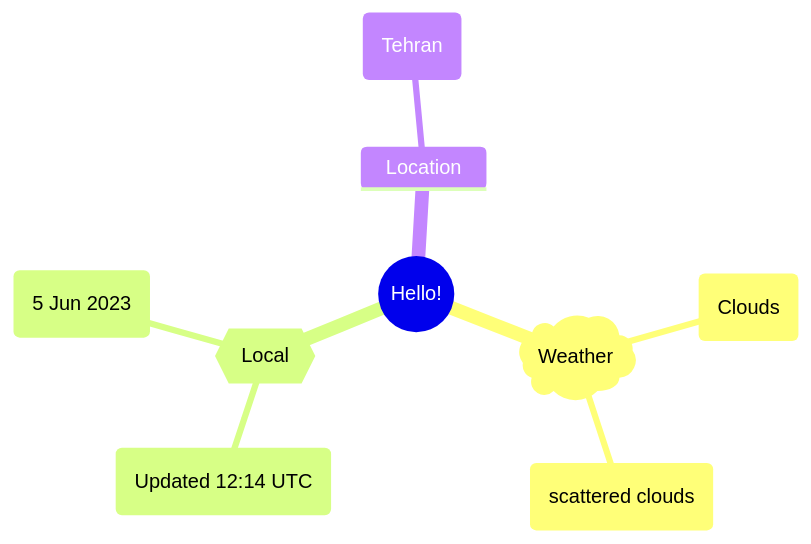
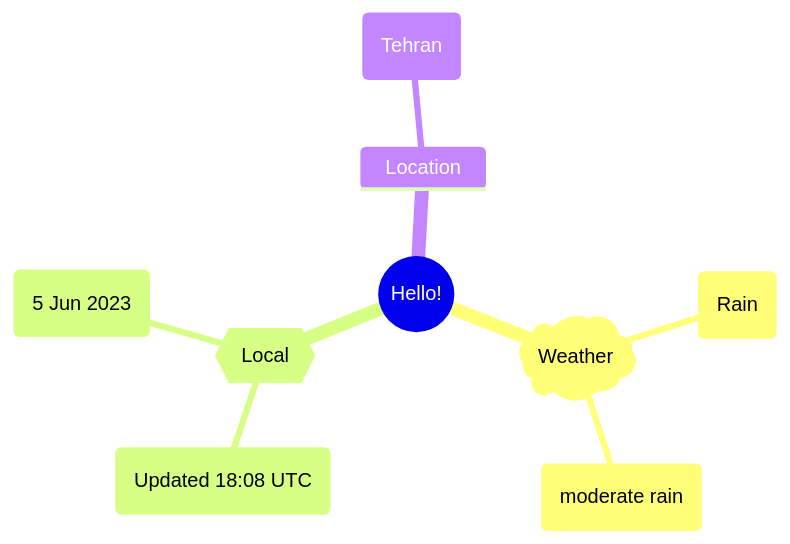
One commit to Xosrov/Xosrov changed the first of 2 diagrams in README.md. Above: the diagram before and after it, drawn with Mermaid.

Commit message:
[bot] updated images

````diff
--- a/README.md
+++ b/README.md
@@ -3,12 +3,12 @@
 ```mermaid
 mindmap
   root((Hello!))
     )Weather(
-        (Clouds)
-        (scattered clouds)
+        (Rain)
+        (moderate rain)
     {{Local}}
-        (Updated 12:14 UTC)
+        (Updated 18:08 UTC)
         (5 Jun 2023)
     Location
         (Tehran)
 ```
````
